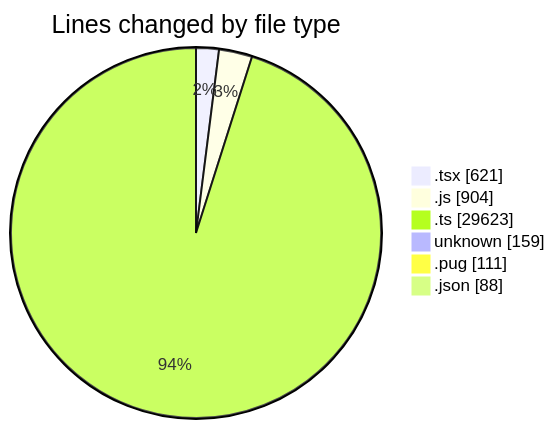
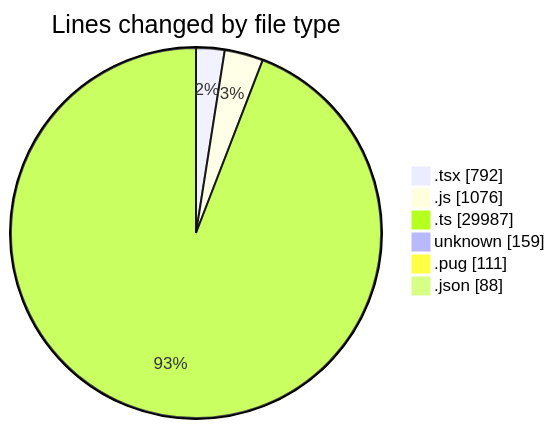
Before and after one commit to momahboobian/code-tracking: the first of 2 diagrams in 2026-06-03/cda/README.md, drawn with Mermaid. The commit also changed other lines of this file and 1 other file, not shown here.

````diff
--- a/2026-06-03/cda/README.md
+++ b/2026-06-03/cda/README.md
@@ -35,10 +44,10 @@
 ```mermaid
 pie showData
 title Lines changed by file type
-".tsx" : 621
-".js" : 904
-".ts" : 29623
+".tsx" : 792
+".js" : 1076
+".ts" : 29987
 "unknown" : 159
 ".pug" : 111
 ".json" : 88
 ```
````
